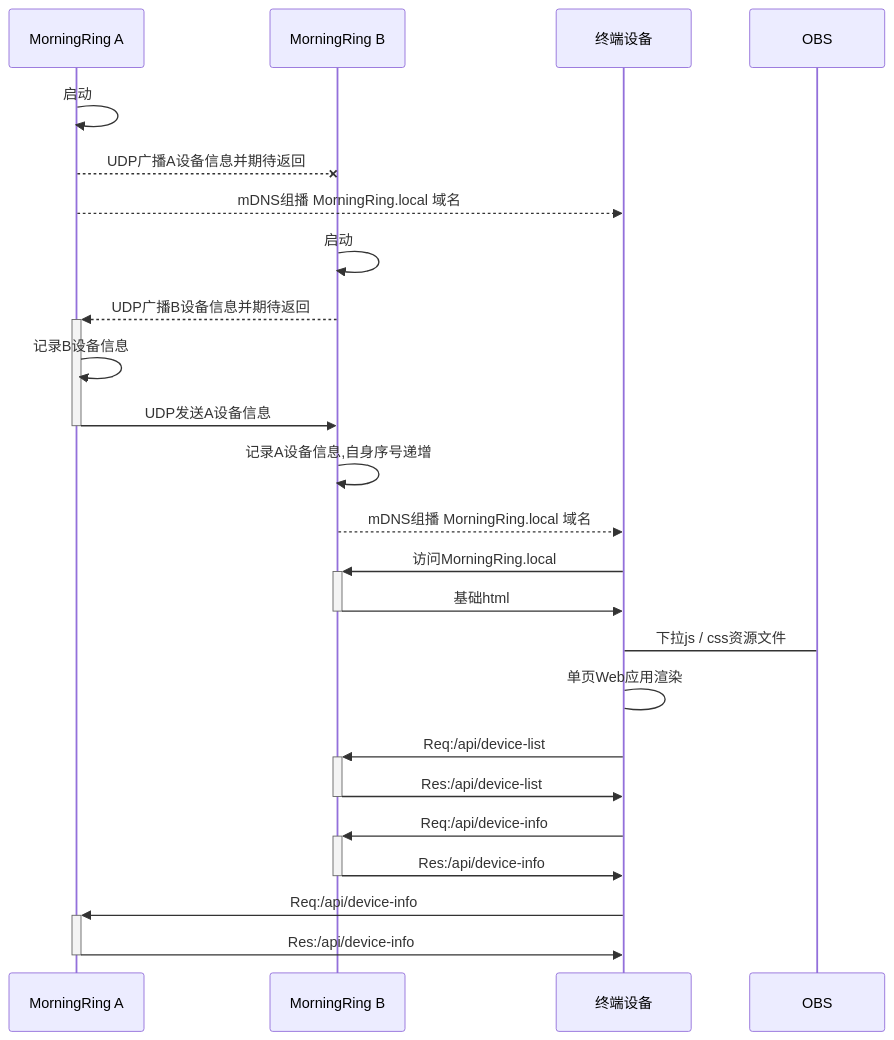
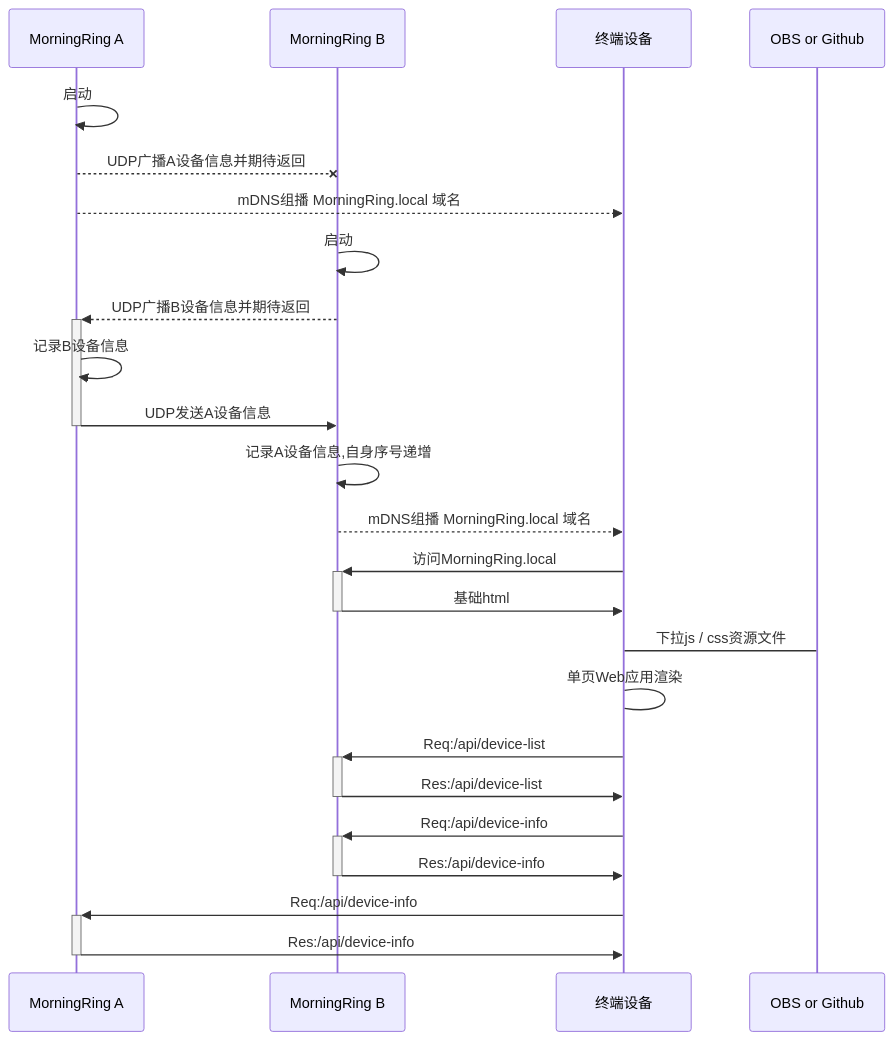
One commit to morningtzh/MorningRing changed the diagram in README.md. Above: the diagram before and after it, drawn with Mermaid.

Commit message:
多设备交互流程图

````diff
--- a/README.md
+++ b/README.md
@@ -75,22 +75,22 @@
 ``` mermaid
 sequenceDiagram
     MorningRing A->>MorningRing A: 启动
     MorningRing A--xMorningRing B: UDP广播A设备信息并期待返回
     MorningRing A-->>终端设备: mDNS组播 MorningRing.local 域名
     MorningRing B->>MorningRing B: 启动
     MorningRing B-->>+MorningRing A: UDP广播B设备信息并期待返回
     MorningRing A->>MorningRing A: 记录B设备信息
     MorningRing A->>-MorningRing B: UDP发送A设备信息
     MorningRing B->>MorningRing B: 记录A设备信息,自身序号递增
     MorningRing B-->>终端设备: mDNS组播 MorningRing.local 域名
     终端设备->>+MorningRing B:访问MorningRing.local
     MorningRing B->>-终端设备: 基础html
-    终端设备->OBS: 下拉js / css资源文件
+    终端设备->OBS or Github: 下拉js / css资源文件
     终端设备->终端设备: 单页Web应用渲染
     终端设备->>+MorningRing B: Req:/api/device-list
     MorningRing B->>-终端设备: Res:/api/device-list
     终端设备->>+MorningRing B: Req:/api/device-info
     MorningRing B->>-终端设备: Res:/api/device-info
     终端设备->>+MorningRing A: Req:/api/device-info
     MorningRing A->>-终端设备: Res:/api/device-info
 ```
````
